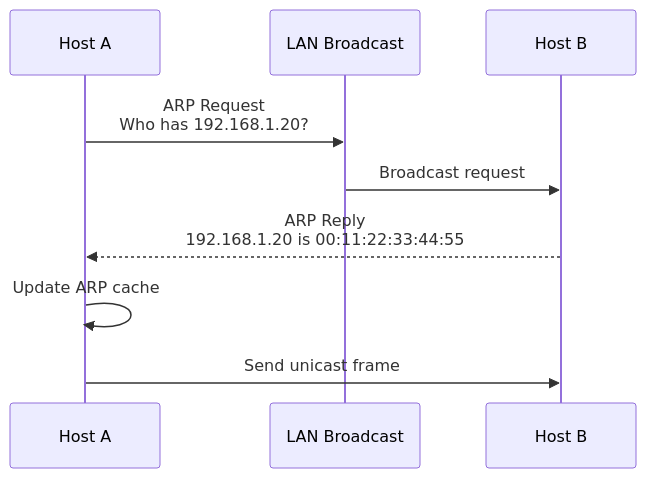
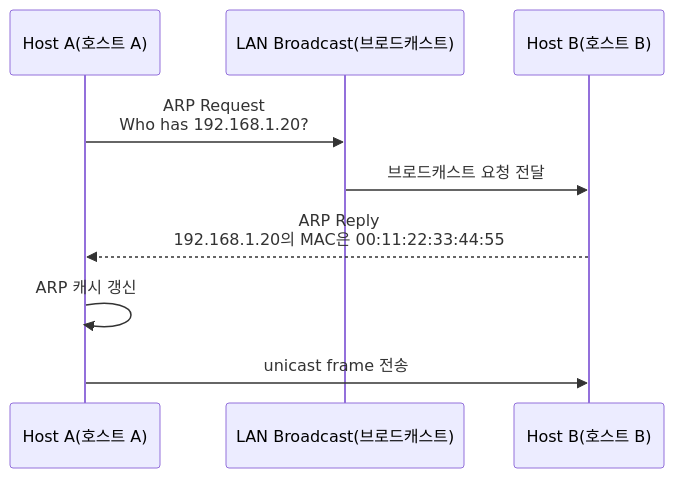
The seventh of 39 diagrams in _posts/cs-note/2026-02-27-network.md (mandoobox/mandoobox.github.io), drawn with Mermaid before and after one commit. The commit also changed other lines of this file and 18 other files, not shown here.

````diff
--- a/_posts/cs-note/2026-02-27-network.md
+++ b/_posts/cs-note/2026-02-27-network.md
@@ -194,11 +194,11 @@
 ```mermaid
 sequenceDiagram
-  participant A as Host A
-  participant LAN as LAN Broadcast
-  participant B as Host B
+  participant A as Host A(호스트 A)
+  participant LAN as LAN Broadcast(브로드캐스트)
+  participant B as Host B(호스트 B)
   A->>LAN: ARP Request<br/>Who has 192.168.1.20?
-  LAN->>B: Broadcast request
-  B-->>A: ARP Reply<br/>192.168.1.20 is 00:11:22:33:44:55
-  A->>A: Update ARP cache
-  A->>B: Send unicast frame
+  LAN->>B: 브로드캐스트 요청 전달
+  B-->>A: ARP Reply<br/>192.168.1.20의 MAC은 00:11:22:33:44:55
+  A->>A: ARP 캐시 갱신
+  A->>B: unicast frame 전송
 ```
````
